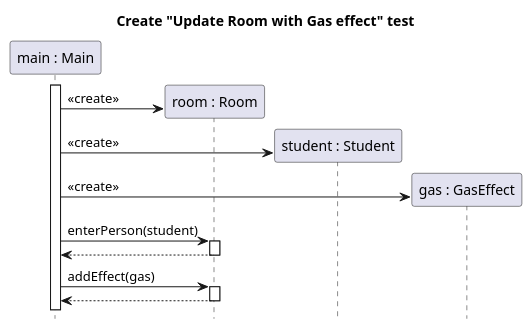
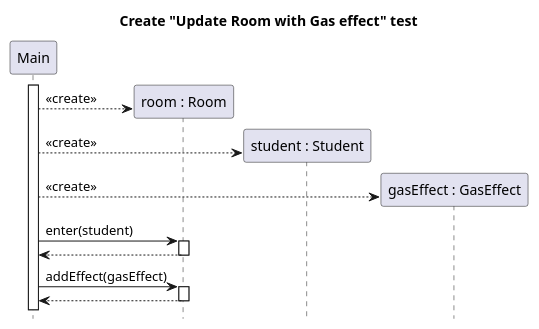
Before and after one commit to sn4k3ch4rm3r/logarlec: the diagram in docs/diagrams/test-create-sequence/room-update-gas-no-mask_create.puml, drawn with PlantUML. The commit also changed 20 other files, not shown here.

Commit message:
Fixed initializer sequences

```diff
--- a/docs/diagrams/test-create-sequence/room-update-gas-no-mask_create.puml
+++ b/docs/diagrams/test-create-sequence/room-update-gas-no-mask_create.puml
@@ -1,21 +1,21 @@
 @startuml room-update-gas-no-mask-create
 title Create "Update Room with Gas effect" test
 hide footbox
-participant "main : Main" as main
+participant "Main" as main
 participant "room : Room" as room
 participant "student : Student" as stu1
-participant "gas : GasEffect" as gas
+participant "gasEffect : GasEffect" as gas
 
 main++
 create room
-main -> room : <<create>>
+main --> room : <<create>>
 create stu1
-main -> stu1 : <<create>>
+main --> stu1 : <<create>>
 create gas
-main -> gas : <<create>>
-main -> room ++: enterPerson(student)
+main --> gas : <<create>>
+main -> room ++: enter(student)
 return
-main -> room ++: addEffect(gas)
+main -> room ++: addEffect(gasEffect)
 return
 
 @enduml
```
